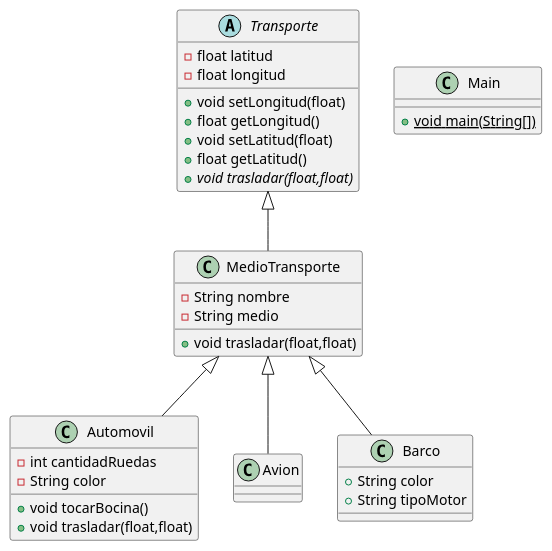
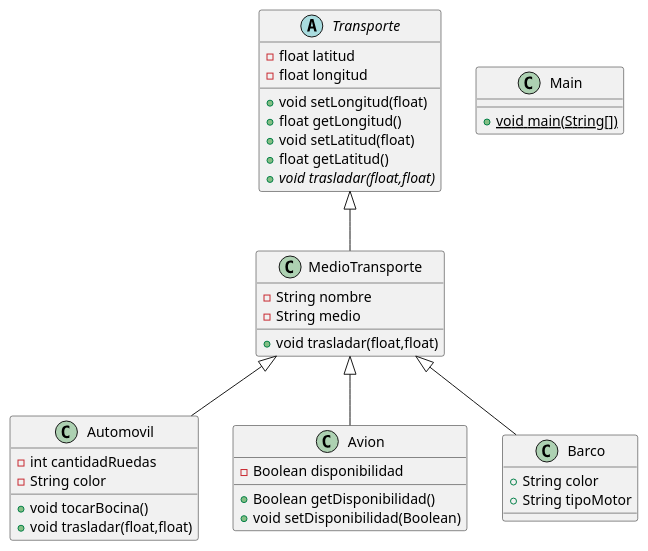
One commit to sergiomedinaio/25.1-poo_testing_java changed the diagram in class_diagram.puml. Above: the diagram before and after it, drawn with PlantUML. The commit also changed 1 other file, not shown here.

```diff
--- a/class_diagram.puml
+++ b/class_diagram.puml
@@ -1,45 +1,50 @@
 @startuml
 abstract class Transporte {
 - float latitud
 - float longitud
 + void setLongitud(float)
 + float getLongitud()
 + void setLatitud(float)
 + float getLatitud()
 + {abstract}void trasladar(float,float)
 }
 
 
 class Automovil {
 - int cantidadRuedas
 - String color
 + void tocarBocina()
 + void trasladar(float,float)
 }
 
 
 class Avion {
+- Boolean disponibilidad
++ Boolean getDisponibilidad()
++ void setDisponibilidad(Boolean)
 }
+
+
 class MedioTransporte {
 - String nombre
 - String medio
 + void trasladar(float,float)
 }
 
 
 class Main {
 + {static} void main(String[])
 }
 
 class Barco {
 + String color
 + String tipoMotor
 }
 
 
 
 MedioTransporte <|-- Automovil
 MedioTransporte <|-- Avion
 Transporte <|-- MedioTransporte
 MedioTransporte <|-- Barco
 @enduml
```
